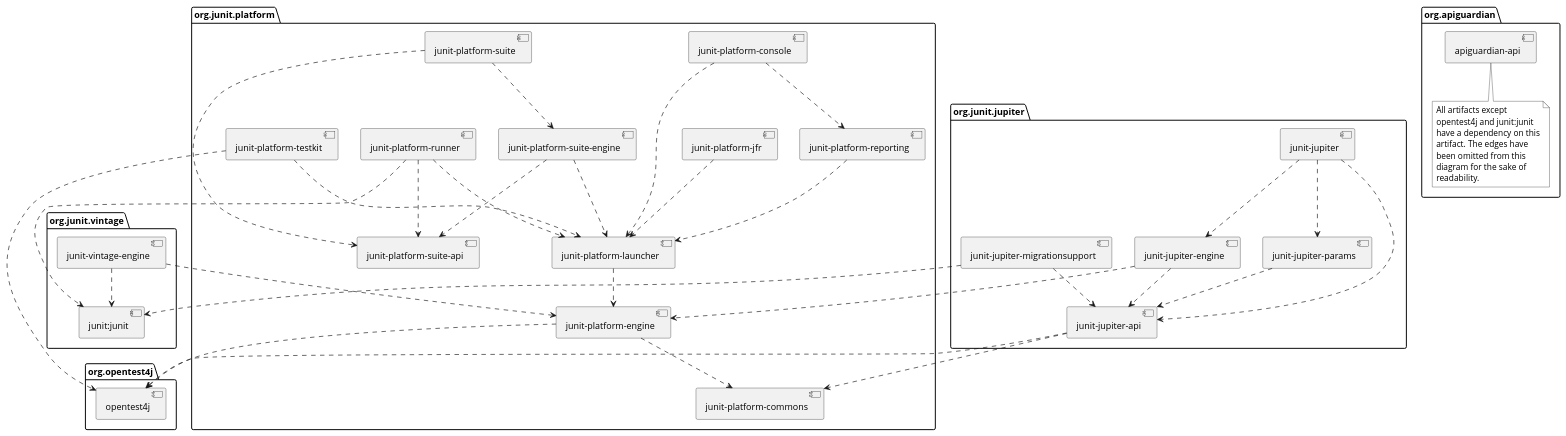
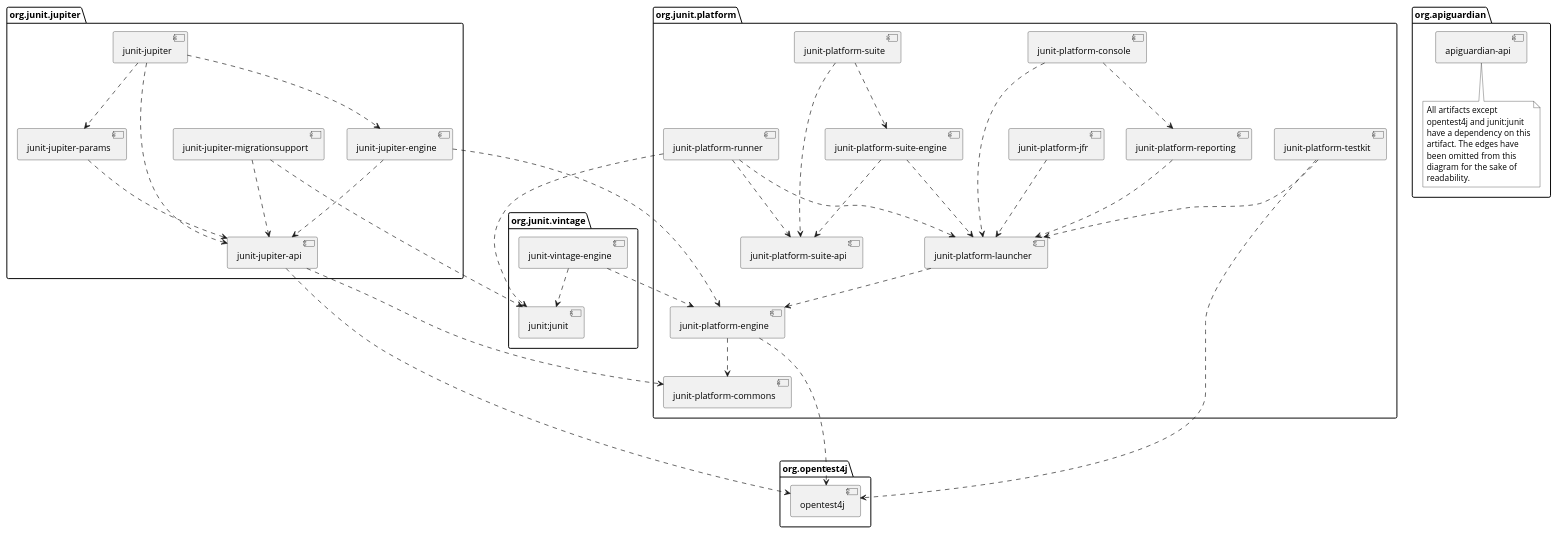
One commit to junit-team/junit5 changed the diagram in documentation/src/docs/asciidoc/user-guide/appendix.adoc. Above: the diagram before and after it, drawn with PlantUML.

Commit message:
Use more distance for cross package connections

```diff
--- a/documentation/src/docs/asciidoc/user-guide/appendix.adoc
+++ b/documentation/src/docs/asciidoc/user-guide/appendix.adoc
@@ -182,15 +182,15 @@
 jupiter ..> jupiter_params
 jupiter ..> jupiter_engine
 
-jupiter_api ..> opentest4j
-jupiter_api ..> commons
+jupiter_api ....> opentest4j
+jupiter_api ...> commons
 
-jupiter_engine ..> engine
+jupiter_engine ...> engine
 jupiter_engine ..> jupiter_api
 
 jupiter_params ..> jupiter_api
 jupiter_migration_support ..> jupiter_api
-jupiter_migration_support ..> junit4
+jupiter_migration_support ...> junit4
 
 console ..> launcher
 console ..> reporting
@@ -199,14 +199,14 @@
 
 jfr ..> launcher
 
-engine ..> opentest4j
+engine ....> opentest4j
 engine ..> commons
 
 reporting ..> launcher
 
 runner ..> launcher
 runner ..> suite_api
-runner ..> junit4
+runner ...> junit4
 
 suite ..> suite_api
 suite ..> suite_engine
@@ -214,9 +214,9 @@
 suite_engine ..> launcher
 suite_engine ..> suite_api
 
-testkit ..> opentest4j
+testkit ....> opentest4j
 testkit ..> launcher
 
-vintage_engine ..> engine
+vintage_engine ...> engine
 vintage_engine ..> junit4
 ----
```
